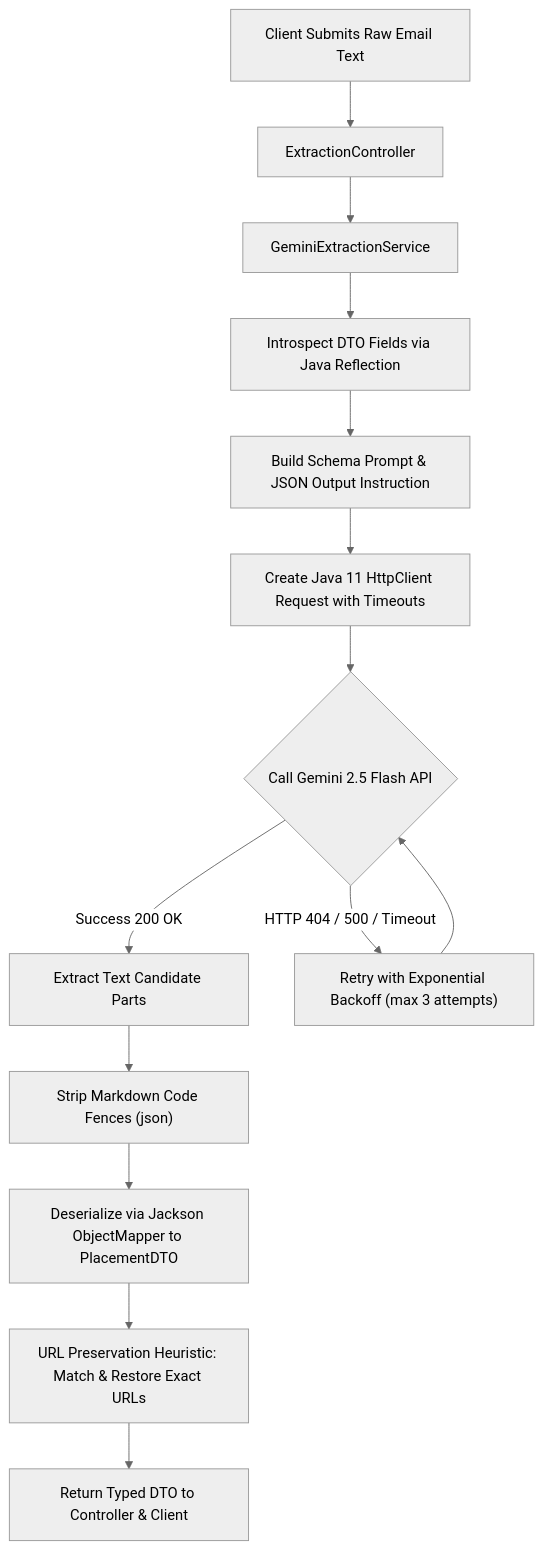
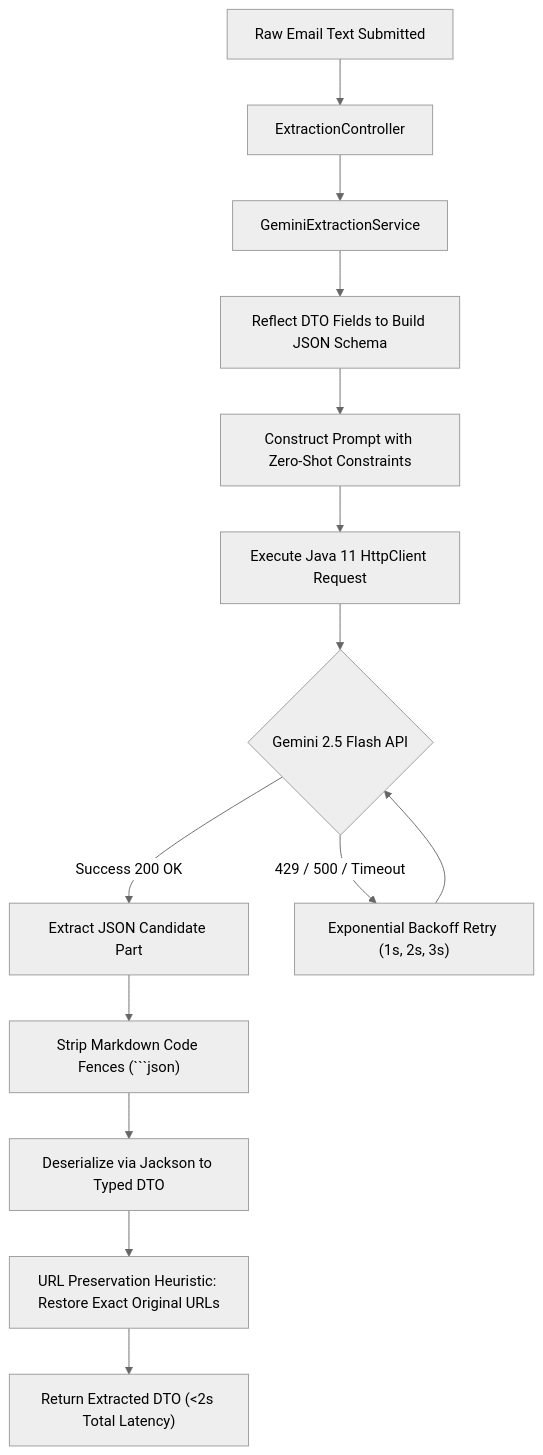
Before and after one commit to rohithgowda18/Notes: the fourth of 4 diagrams in 09-Projects/Career OS - Distributed Microservices Platform.md, drawn with Mermaid (neutral theme). The commit also changed other lines of this file, not shown here.

````diff
--- a/09-Projects/Career OS - Distributed Microservices Platform.md
+++ b/09-Projects/Career OS - Distributed Microservices Platform.md
@@ -543,16 +322,16 @@
 ```mermaid
 flowchart TD
-    A["Client Submits Raw Email Text"] --> B["ExtractionController"]
+    A["Raw Email Text Submitted"] --> B["ExtractionController"]
     B --> C["GeminiExtractionService"]
-    C --> D["Introspect DTO Fields via Java Reflection"]
-    D --> E["Build Schema Prompt & JSON Output Instruction"]
-    E --> F["Create Java 11 HttpClient Request with Timeouts"]
-    F --> G{"Call Gemini 2.5 Flash API"}
-    G -->|"Success 200 OK"| H["Extract Text Candidate Parts"]
-    G -->|"HTTP 404 / 500 / Timeout"| I["Retry with Exponential Backoff (max 3 attempts)"]
+    C --> D["Reflect DTO Fields to Build JSON Schema"]
+    D --> E["Construct Prompt with Zero-Shot Constraints"]
+    E --> F["Execute Java 11 HttpClient Request"]
+    F --> G{"Gemini 2.5 Flash API"}
+    G -->|"Success 200 OK"| H["Extract JSON Candidate Part"]
+    G -->|"429 / 500 / Timeout"| I["Exponential Backoff Retry (1s, 2s, 3s)"]
     I --> G
-    H --> J["Strip Markdown Code Fences (json)"]
-    J --> K["Deserialize via Jackson ObjectMapper to PlacementDTO"]
-    K --> L["URL Preservation Heuristic: Match & Restore Exact URLs"]
-    L --> M["Return Typed DTO to Controller & Client"]
+    H --> J["Strip Markdown Code Fences (```json)"]
+    J --> K["Deserialize via Jackson to Typed DTO"]
+    K --> L["URL Preservation Heuristic: Restore Exact Original URLs"]
+    L --> M["Return Extracted DTO (<2s Total Latency)"]
 ```
````
